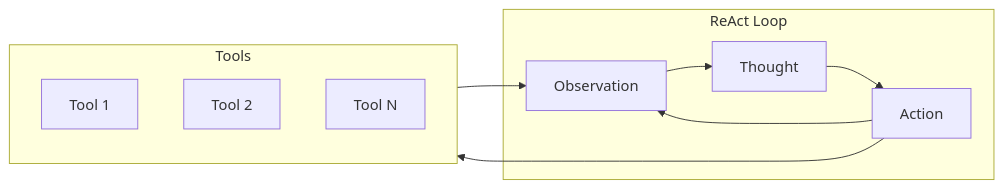
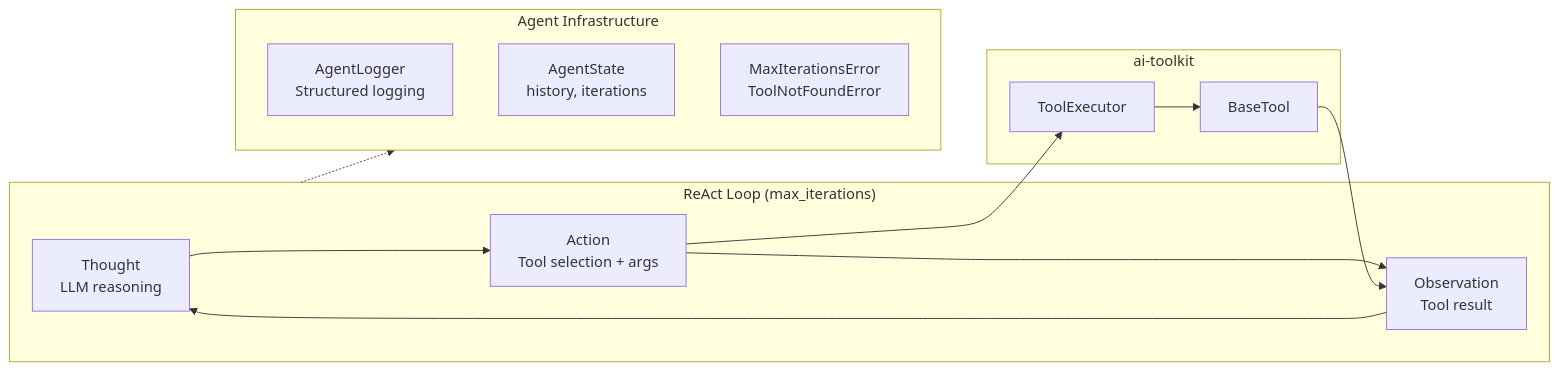
One commit to lenhop/IC-RAG-Agent changed the ninth of 12 diagrams in docs/FRAMEWORK.md. Above: the diagram before and after it, drawn with Mermaid. The commit also changed other lines of this file and 23 other files, not shown here.

````diff
--- a/docs/FRAMEWORK.md
+++ b/docs/FRAMEWORK.md
@@ -312,21 +434,25 @@
 ```mermaid
 flowchart LR
-    subgraph ReAct["ReAct Loop"]
-        T[Thought]
-        A[Action]
-        O[Observation]
+    subgraph ReAct["ReAct Loop (max_iterations)"]
+        T["Thought<br/>LLM reasoning"]
+        A["Action<br/>Tool selection + args"]
+        O["Observation<br/>Tool result"]
     end
 
-    T --> A
-    A --> O
-    O --> T
+    T --> A --> O --> T
 
-    subgraph Tools
-        T1[Tool 1]
-        T2[Tool 2]
-        Tn[Tool N]
+    subgraph Infra["Agent Infrastructure"]
+        Logger[AgentLogger<br/>Structured logging]
+        State[AgentState<br/>history, iterations]
+        Errors[MaxIterationsError<br/>ToolNotFoundError]
     end
 
-    A --> Tools
-    Tools --> O
+    subgraph ToolExec["ai-toolkit"]
+        TE[ToolExecutor]
+        BT[BaseTool]
+    end
+
+    A --> TE --> BT
+    BT --> O
+    ReAct -.-> Infra
 ```
````
